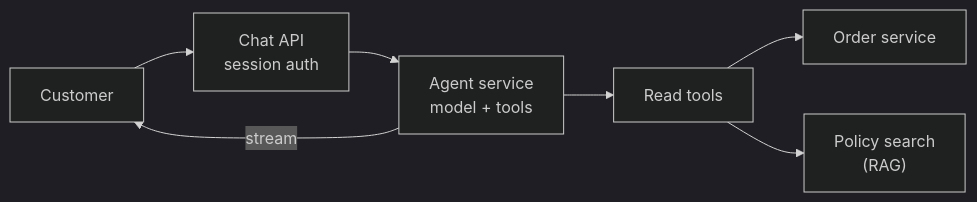
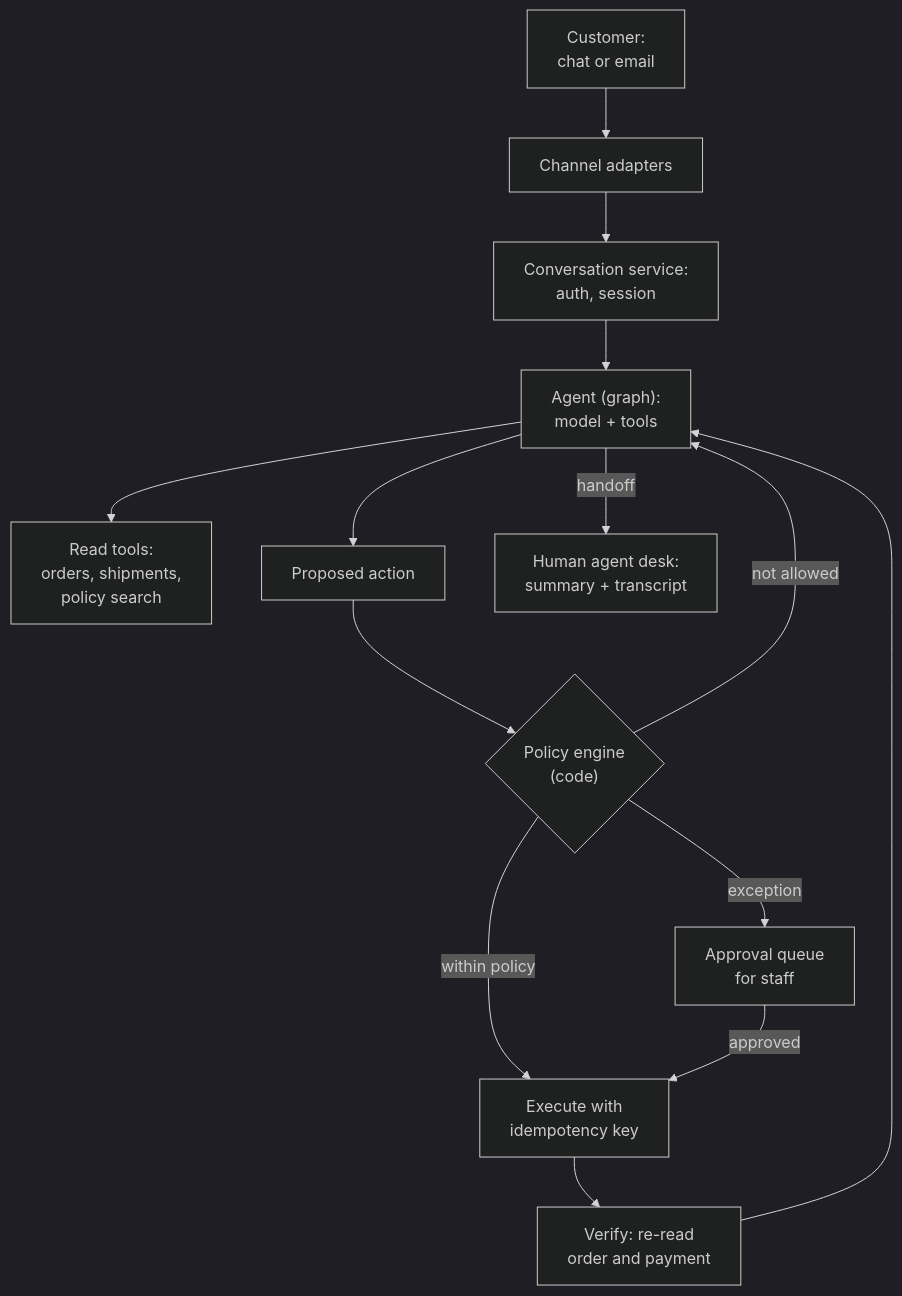
Before and after one commit to shubamchaudhary/CodeNITW: the first of 2 diagrams in src/Data/aiStackDocs/DP-02.md, drawn with Mermaid (dark theme). The commit also changed other lines of this file and 52 other files, not shown here.

````diff
--- a/src/Data/aiStackDocs/DP-02.md
+++ b/src/Data/aiStackDocs/DP-02.md
@@ -62,9 +39,16 @@
 ```mermaid
-flowchart LR
-    C["Customer"] --> CH["Chat API<br/>session auth"]
-    CH --> AG["Agent service<br/>model + tools"]
-    AG --> RT["Read tools"]
-    RT --> OS["Order service"]
-    RT --> PS["Policy search<br/>(RAG)"]
-    AG -->|"stream"| C
+flowchart TD
+    C["Customer:<br/>chat or email"] --> CH["Channel adapters"]
+    CH --> CV["Conversation service:<br/>auth, session"]
+    CV --> AG["Agent (graph):<br/>model + tools"]
+    AG --> RT["Read tools:<br/>orders, shipments,<br/>policy search"]
+    AG --> PA["Proposed action"]
+    PA --> PE{"Policy engine<br/>(code)"}
+    PE -->|"within policy"| EX["Execute with<br/>idempotency key"]
+    PE -->|"exception"| AP["Approval queue<br/>for staff"]
+    PE -->|"not allowed"| AG
+    AP -->|"approved"| EX
+    EX --> VF["Verify: re-read<br/>order and payment"]
+    VF --> AG
+    AG -->|"handoff"| HD["Human agent desk:<br/>summary + transcript"]
 ```
````
